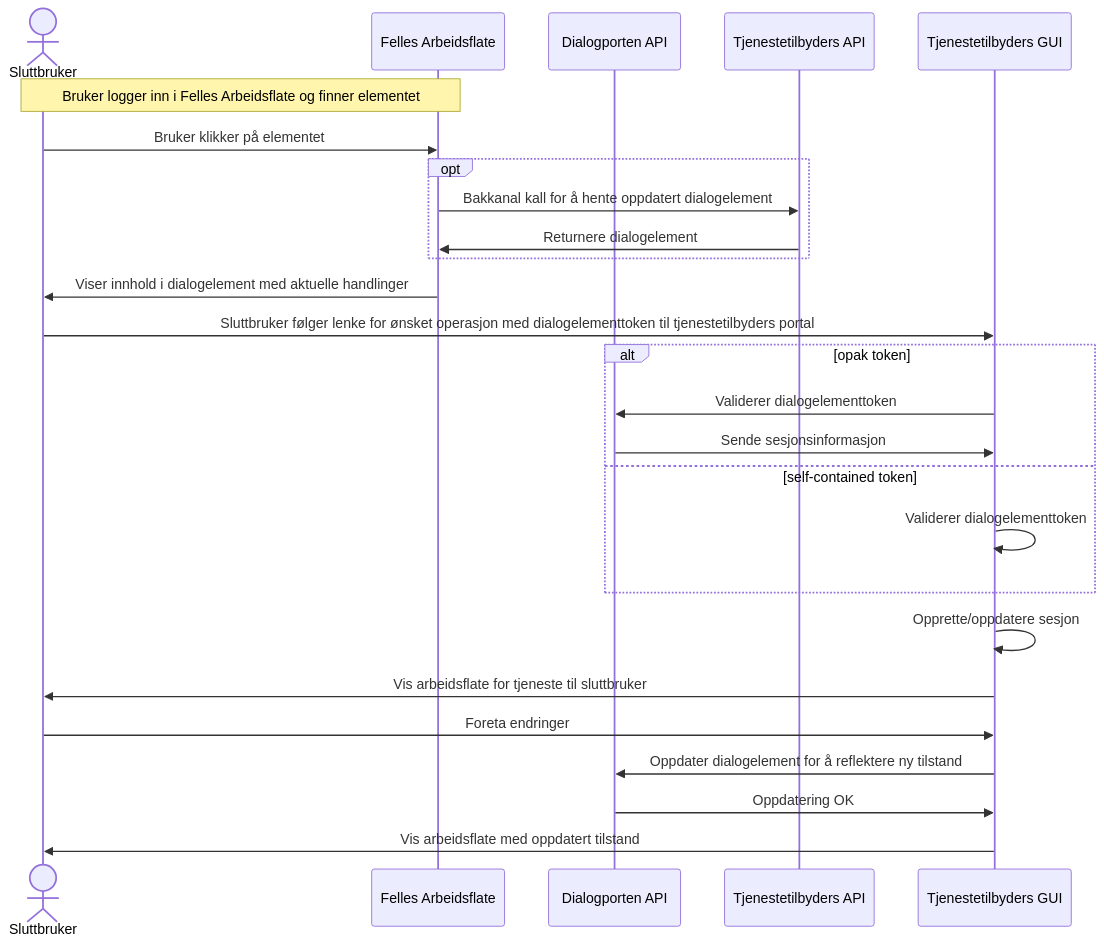
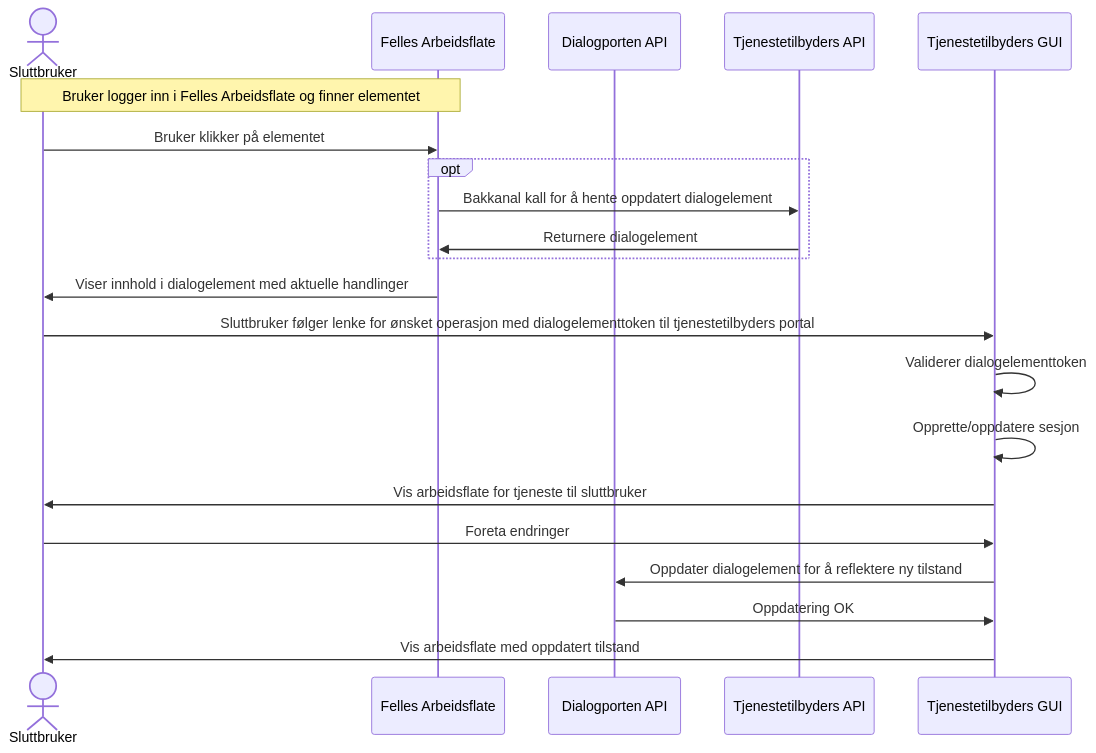
The second of 6 diagrams in dialogporten.md (elsand/elsand.github.io), drawn with Mermaid before and after one commit. The commit also changed other lines of this file, not shown here.

Commit message:
Remove mentions of opaque tokens (fixes #8, #21)

````diff
--- a/dialogporten.md
+++ b/dialogporten.md
@@ -305,28 +305,23 @@
 ```mermaid!
 sequenceDiagram
     actor SB as Sluttbruker
     participant GUI as Felles Arbeidsflate
     participant API as Dialogporten API
     participant TEAPI as Tjenestetilbyders API
     participant TEGUI as Tjenestetilbyders GUI
 note over SB,GUI: Bruker logger inn i Felles Arbeidsflate og finner elementet
 SB->>GUI: Bruker klikker på elementet
 opt
     GUI->>TEAPI: Bakkanal kall for å hente oppdatert dialogelement
     TEAPI->>GUI: Returnere dialogelement
 end
 GUI->>SB: Viser innhold i dialogelement med aktuelle handlinger
 SB->>TEGUI: Sluttbruker følger lenke for ønsket operasjon med dialogelementtoken til tjenestetilbyders portal
-alt opak token
-    TEGUI->>API: Validerer dialogelementtoken
-    API->>TEGUI: Sende sesjonsinformasjon
-else self-contained token
     TEGUI->>TEGUI: Validerer dialogelementtoken
-end
 TEGUI->>TEGUI: Opprette/oppdatere sesjon
 TEGUI->>SB: Vis arbeidsflate for tjeneste til sluttbruker
 SB->>TEGUI: Foreta endringer
 TEGUI->>API: Oppdater dialogelement for å reflektere ny tilstand
 API->>TEGUI: Oppdatering OK
 TEGUI->>SB: Vis arbeidsflate med oppdatert tilstand
 ```
````
